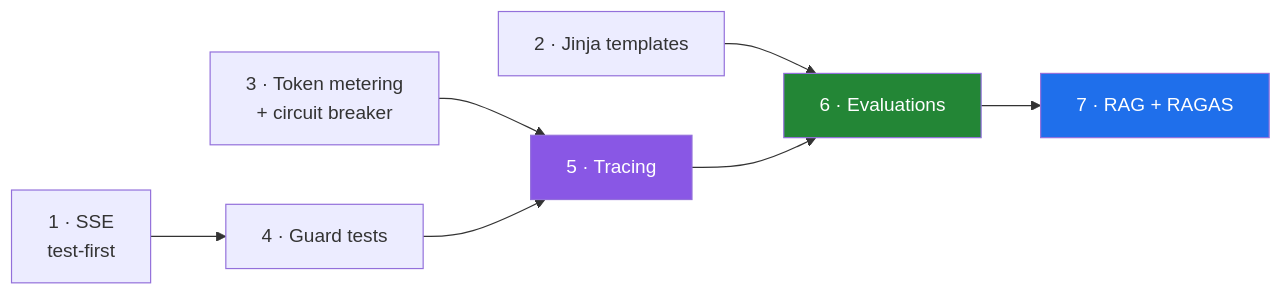
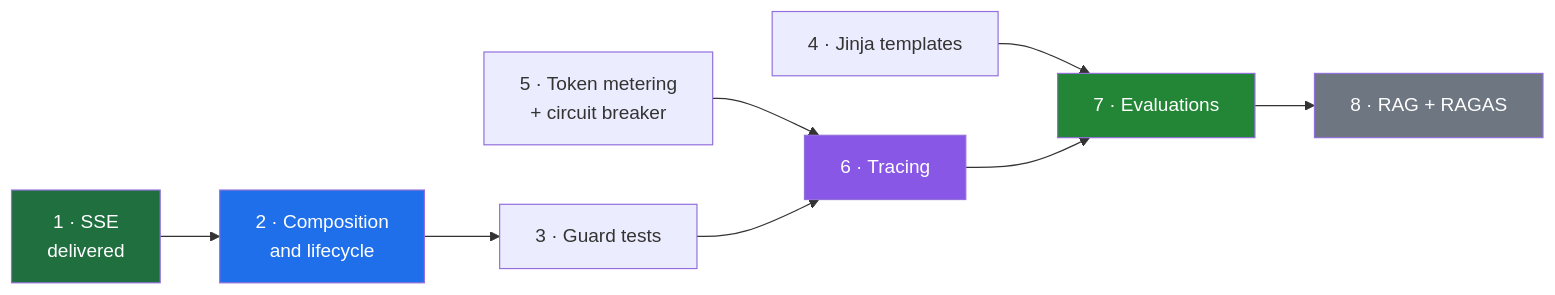
Before and after one commit to Dummy-Bug/system-design-handbook: the diagram in Current-Standing/10-Xarvis-Build-Plan.md, drawn with Mermaid. The commit also changed other lines of this file and 53 other files, not shown here.

````diff
--- a/Current-Standing/10-Xarvis-Build-Plan.md
+++ b/Current-Standing/10-Xarvis-Build-Plan.md
@@ -46,12 +55,15 @@
 ```mermaid
 flowchart LR
-    S["1 · SSE<br/>test-first"] --> T["4 · Guard tests"]
-    J["2 · Jinja templates"] --> E["6 · Evaluations"]
-    M["3 · Token metering<br/>+ circuit breaker"] --> I["5 · Tracing"]
+    S["1 · SSE<br/>delivered"] --> C["2 · Composition<br/>and lifecycle"]
+    C --> T["3 · Guard tests"]
+    J["4 · Jinja templates"] --> E["7 · Evaluations"]
+    M["5 · Token metering<br/>+ circuit breaker"] --> I["6 · Tracing"]
     T --> I
     I --> E
-    E --> R["7 · RAG + RAGAS"]
+    E --> R["8 · RAG + RAGAS"]
+    style S fill:#1f6f3f,color:#fff
+    style C fill:#1f6feb,color:#fff
     style E fill:#238636,color:#fff
-    style R fill:#1f6feb,color:#fff
+    style R fill:#6e7681,color:#fff
     style I fill:#8957e5,color:#fff
 ```
````
